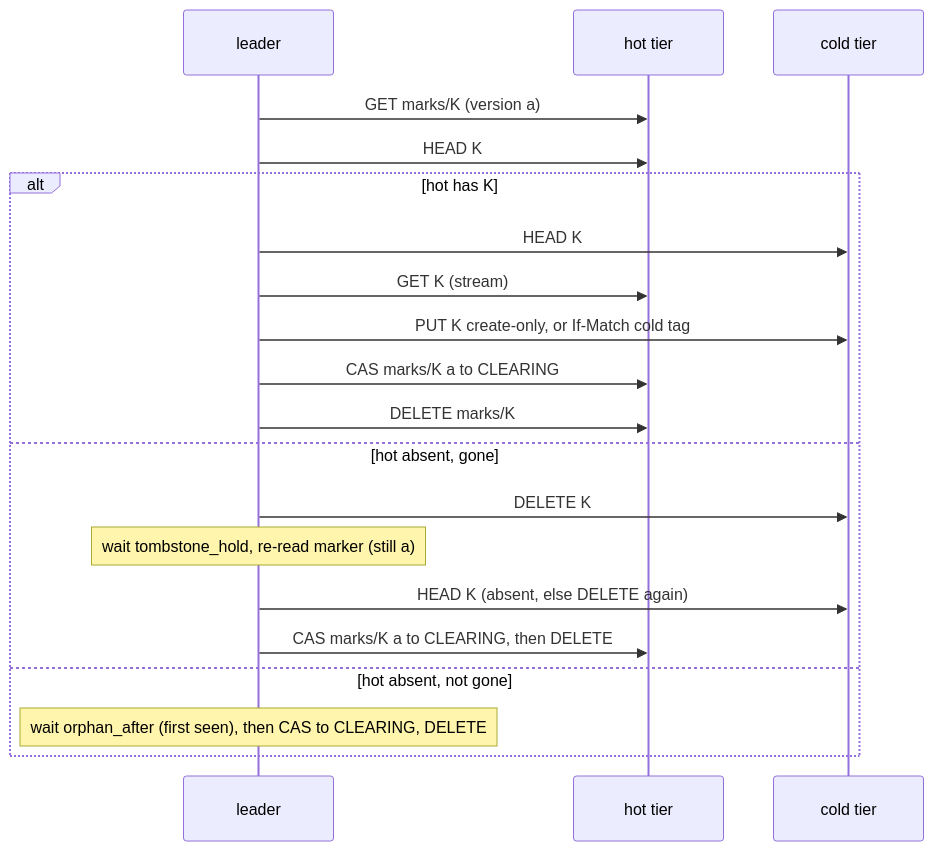
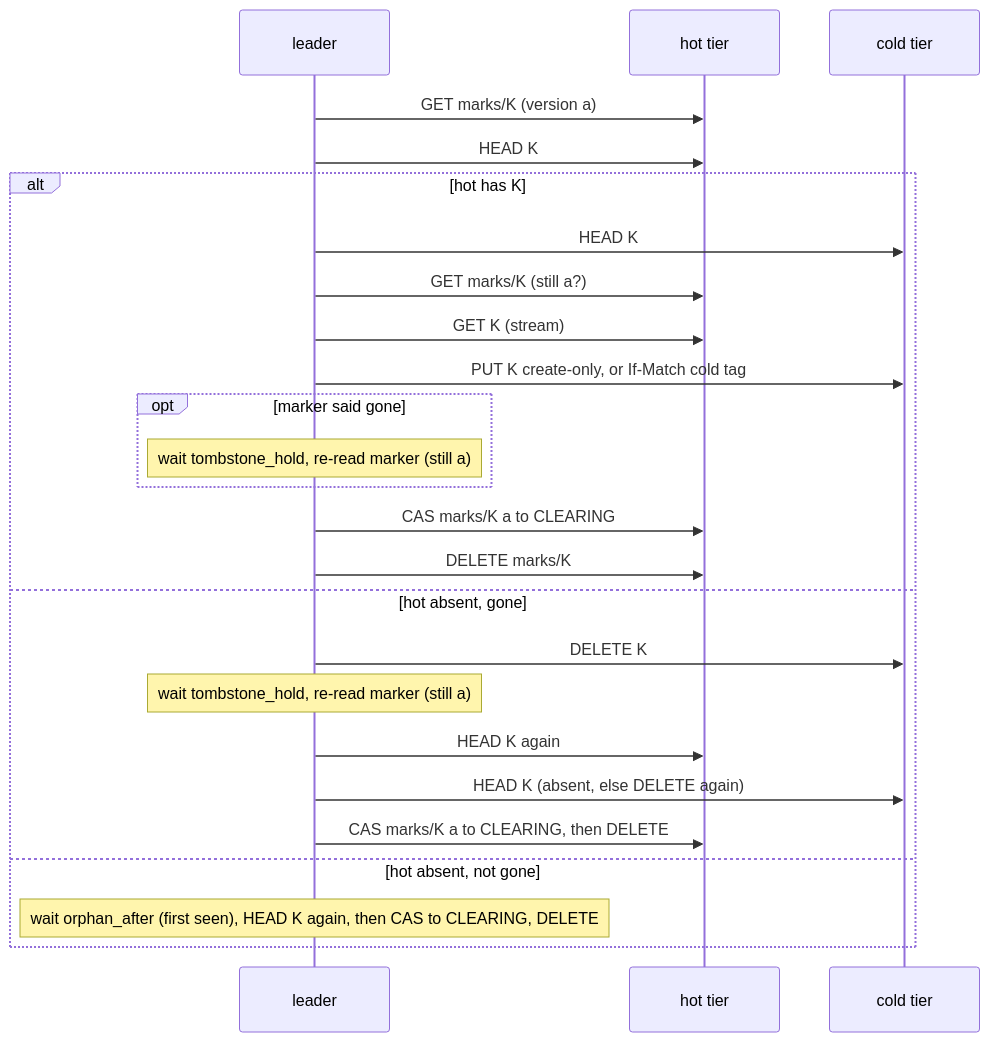
Before and after one commit to komira-ai/tierstore: the fifth of 5 diagrams in docs/design/put-without-lock.md, drawn with Mermaid. The commit also changed other lines of this file, not shown here.

````diff
--- a/docs/design/put-without-lock.md
+++ b/docs/design/put-without-lock.md
@@ -347,22 +413,27 @@
 ```mermaid
 sequenceDiagram
     participant L as leader
     participant H as hot tier
     participant K as cold tier
     L->>H: GET marks/K (version a)
     L->>H: HEAD K
     alt hot has K
         L->>K: HEAD K
+        L->>H: GET marks/K (still a?)
         L->>H: GET K (stream)
         L->>K: PUT K create-only, or If-Match cold tag
+        opt marker said gone
+            Note over L: wait tombstone_hold, re-read marker (still a)
+        end
         L->>H: CAS marks/K a to CLEARING
         L->>H: DELETE marks/K
     else hot absent, gone
         L->>K: DELETE K
         Note over L: wait tombstone_hold, re-read marker (still a)
+        L->>H: HEAD K again
         L->>K: HEAD K (absent, else DELETE again)
         L->>H: CAS marks/K a to CLEARING, then DELETE
     else hot absent, not gone
-        Note over L: wait orphan_after (first seen), then CAS to CLEARING, DELETE
+        Note over L: wait orphan_after (first seen), HEAD K again, then CAS to CLEARING, DELETE
     end
 ```
````
